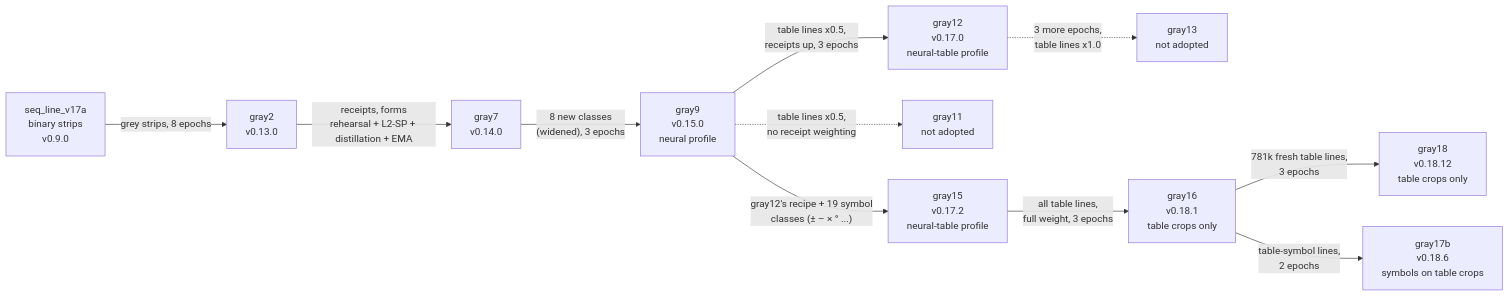
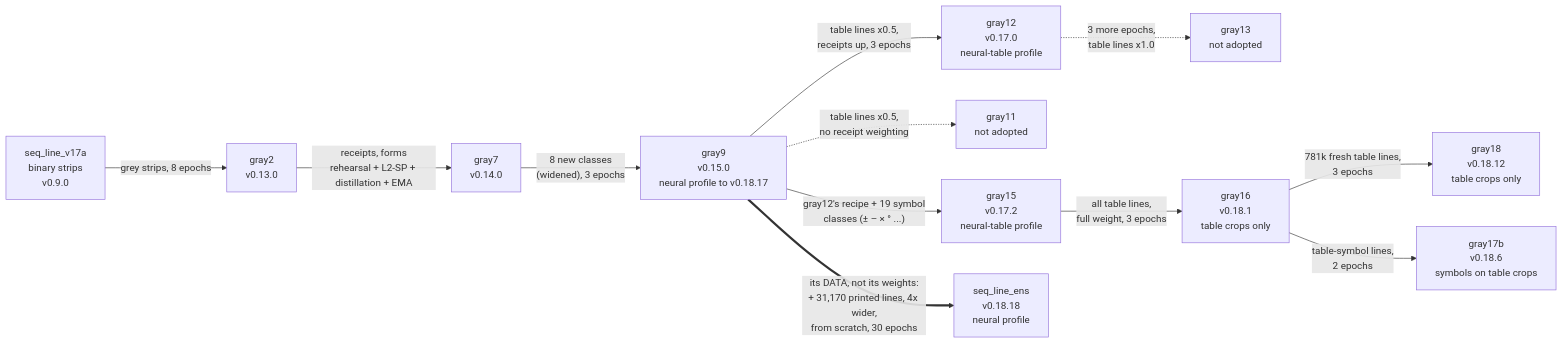
One commit to msharpe248/mlws-ocr changed the diagram in docs/NEURAL_NETWORK_THEORY.md. Above: the diagram before and after it, drawn with Mermaid. The commit also changed other lines of this file and 14 other files, not shown here.

````diff
--- a/docs/NEURAL_NETWORK_THEORY.md
+++ b/docs/NEURAL_NETWORK_THEORY.md
@@ -696,13 +696,14 @@
 ```mermaid
 flowchart LR
     v17a["seq_line_v17a<br/>binary strips<br/>v0.9.0"] -->|grey strips, 8 epochs| g2["gray2<br/>v0.13.0"]
     g2 -->|"receipts, forms<br/>rehearsal + L2-SP + distillation + EMA"| g7["gray7<br/>v0.14.0"]
-    g7 -->|"8 new classes<br/>(widened), 3 epochs"| g9["gray9<br/>v0.15.0<br/>neural profile"]
+    g7 -->|"8 new classes<br/>(widened), 3 epochs"| g9["gray9<br/>v0.15.0<br/>neural profile to v0.18.17"]
     g9 -->|"table lines x0.5,<br/>receipts up, 3 epochs"| g12["gray12<br/>v0.17.0<br/>neural-table profile"]
     g9 -.->|"table lines x0.5,<br/>no receipt weighting"| g11["gray11<br/>not adopted"]
     g12 -.->|"3 more epochs,<br/>table lines x1.0"| g13["gray13<br/>not adopted"]
     g9 -->|"gray12's recipe + 19 symbol<br/>classes (± – × ° ...)"| g15["gray15<br/>v0.17.2<br/>neural-table profile"]
     g15 -->|"all table lines,<br/>full weight, 3 epochs"| g16["gray16<br/>v0.18.1<br/>table crops only"]
     g16 -->|"781k fresh table lines,<br/>3 epochs"| g18["gray18<br/>v0.18.12<br/>table crops only"]
     g16 -->|"table-symbol lines,<br/>2 epochs"| g17b["gray17b<br/>v0.18.6<br/>symbols on table crops"]
+    g9 ==>|"its DATA, not its weights:<br/>+ 31,170 printed lines, 4x wider,<br/>from scratch, 30 epochs"| ens["seq_line_ens<br/>v0.18.18<br/>neural profile"]
 ```
````
